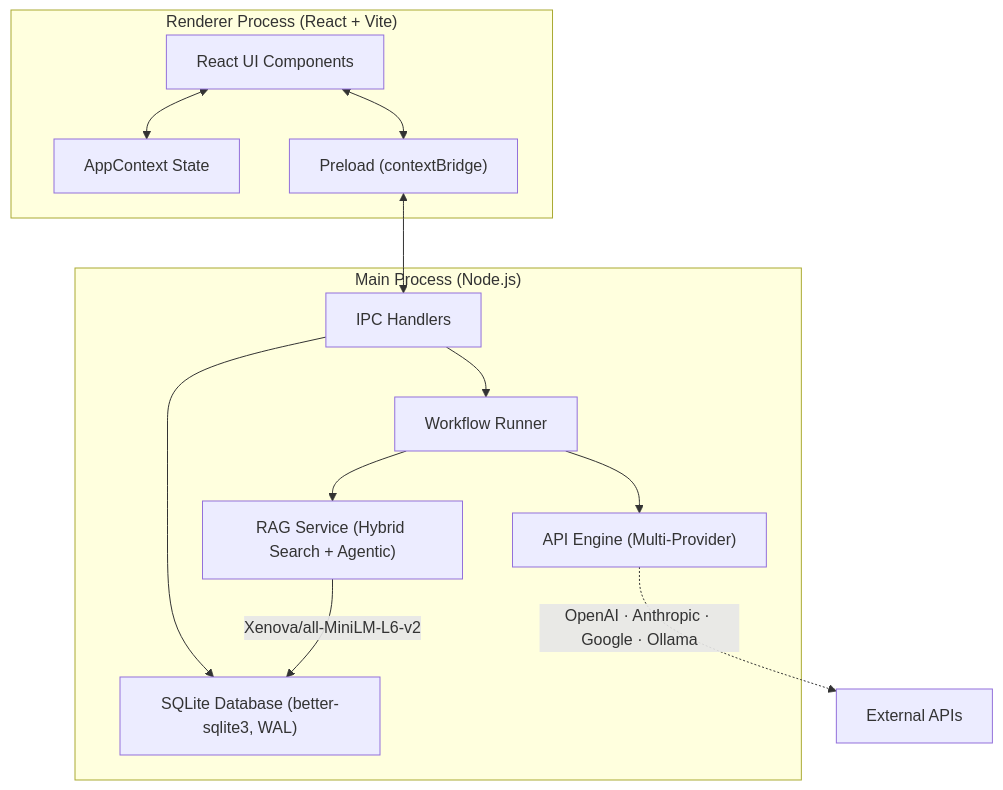
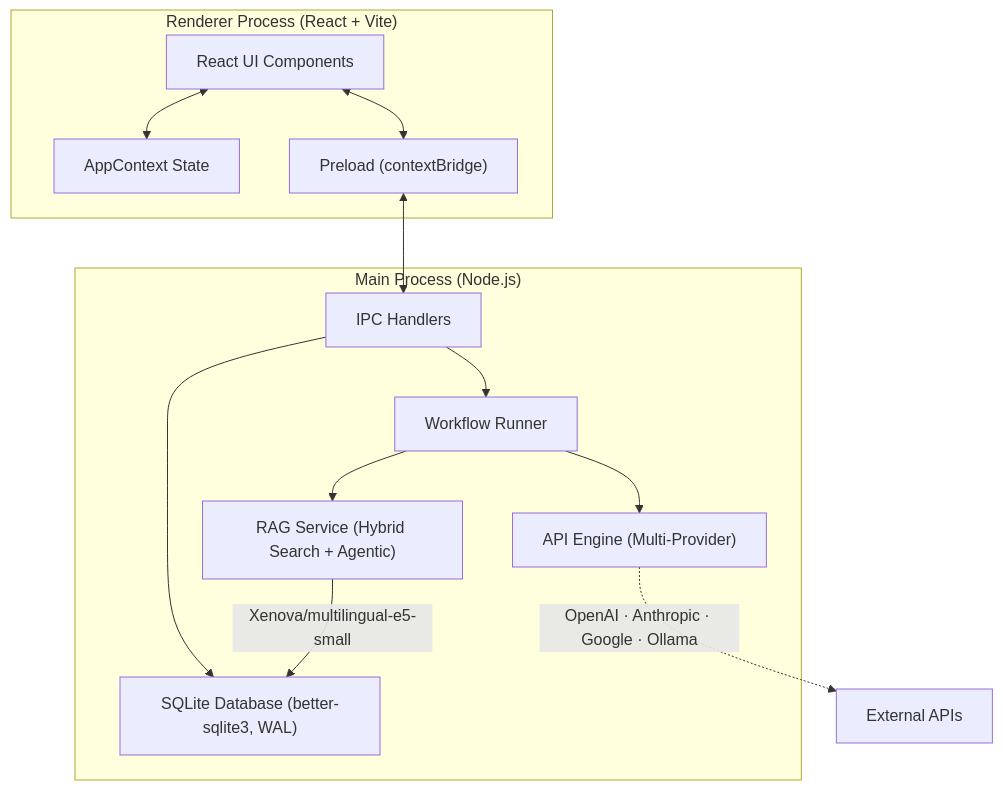
Before and after one commit to Kallamo/Kallamo: the diagram in README.md, drawn with Mermaid. The commit also changed other lines of this file and 4 other files, not shown here.

````diff
--- a/README.md
+++ b/README.md
@@ -103,19 +113,19 @@
 ```mermaid
 graph TD
     subgraph Renderer ["Renderer Process (React + Vite)"]
         UI["React UI Components"] <--> CTX["AppContext State"]
         UI <--> PL["Preload (contextBridge)"]
     end
 
     subgraph Main ["Main Process (Node.js)"]
         IPC["IPC Handlers"]
         IPC --> DB["SQLite Database (better-sqlite3, WAL)"]
         IPC --> WF["Workflow Runner"]
         WF --> API["API Engine (Multi-Provider)"]
         WF --> RAG["RAG Service (Hybrid Search + Agentic)"]
-        RAG -->|"Xenova/all-MiniLM-L6-v2"| DB
+        RAG -->|"Xenova/multilingual-e5-small"| DB
     end
 
     PL <--> IPC
     API -.->|"OpenAI · Anthropic · Google · Ollama"| EXT["External APIs"]
 ```
````
